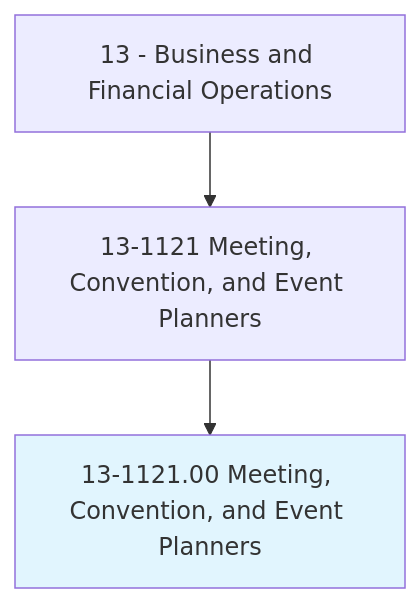
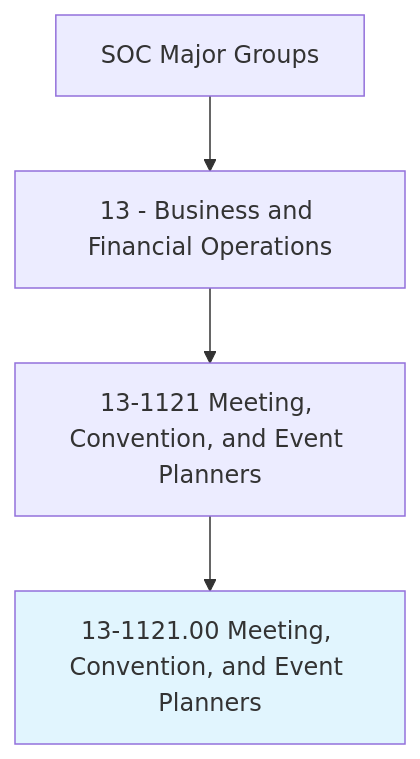
One commit to kziemski/business.org.ai changed the first of 4 diagrams in occupations/Business/MeetingConventionAndEventPlanners.mdx. Above: the diagram before and after it, drawn with Mermaid. The commit also changed other lines of this file and 938 other files, not shown here.

````diff
--- a/occupations/Business/MeetingConventionAndEventPlanners.mdx
+++ b/occupations/Business/MeetingConventionAndEventPlanners.mdx
@@ -19,6 +25,7 @@
 ```mermaid
 graph TD
-    Cat13["13 - Business and Financial Operations"] --> Group131121["13-1121 Meeting, Convention, and Event Planners"]
-    Group131121 --> Current["13-1121.00 Meeting, Convention, and Event Planners"]
+    SOC["SOC Major Groups"] --> Cat13["13 - Business and Financial Operations"]
+    Cat13 --> G131121["13-1121 Meeting, Convention, and Event Planners"]
+    G131121 --> Current["13-1121.00 Meeting, Convention, and Event Planners"]
     style Current fill:#e1f5fe
 ```
````
